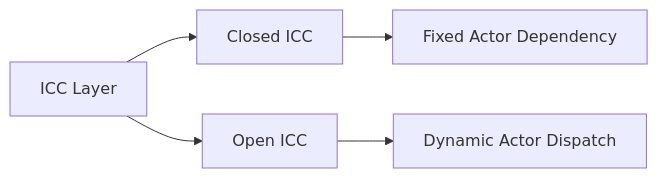
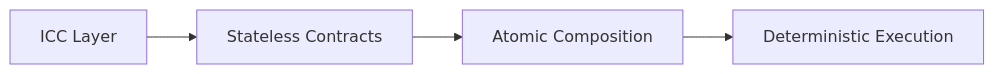
Before and after one commit to vossen90/-kaspa-browser-ktrust: the first of 7 diagrams in README.md, drawn with Mermaid. The commit also changed other lines of this file, not shown here.

````diff
--- a/README.md
+++ b/README.md
@@ -62,7 +35,6 @@
 ```mermaid
 flowchart LR
-    A["ICC Layer"] --> B["Closed ICC"]
-    A --> C["Open ICC"]
-    B --> D["Fixed Actor Dependency"]
-    C --> E["Dynamic Actor Dispatch"]
+    A["ICC Layer"] --> B["Stateless Contracts"]
+    B --> C["Atomic Composition"]
+    C --> D["Deterministic Execution"]
 ```
````
